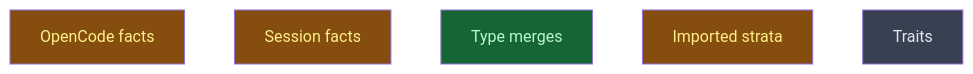
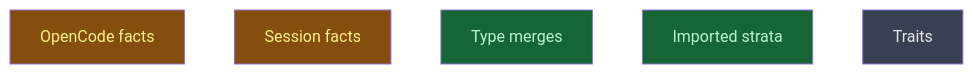
Before and after one commit to CrackingShells/Candler: the diagram in __roadmap__/m4-session-runner/README.md, drawn with Mermaid. The commit also changed other lines of this file, not shown here.

Commit message:
rdm(manifest): mark imported_strata done

````diff
--- a/__roadmap__/m4-session-runner/README.md
+++ b/__roadmap__/m4-session-runner/README.md
@@ -108,13 +108,13 @@
 ```mermaid
 graph TD
     opencode_facts[OpenCode facts]:::inprogress
     session_facts[Session facts]:::inprogress
     type_merges[Type merges]:::done
-    imported_strata[Imported strata]:::inprogress
+    imported_strata[Imported strata]:::done
     traits[Traits]:::planned
     classDef done       fill:#166534,color:#bbf7d0
     classDef inprogress fill:#854d0e,color:#fef08a
     classDef planned    fill:#374151,color:#e5e7eb
     classDef amendment  fill:#1e3a5f,color:#bfdbfe
     classDef blocked    fill:#7f1d1d,color:#fecaca
 ```
````
